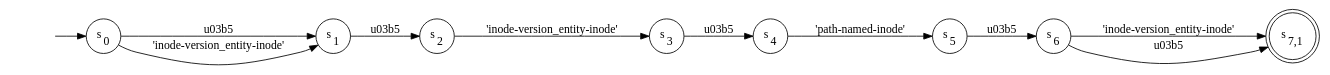
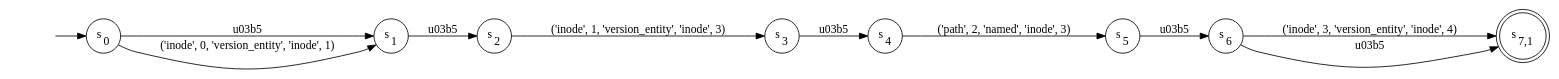
Before and after one commit to TinkerBellSystem/graph-matching: the diagram in dot/provenance_inode_setxattr_nfa.dot, drawn with Graphviz. The commit also changed 135 other files, not shown here.

```diff
--- a/dot/provenance_inode_setxattr_nfa.dot
+++ b/dot/provenance_inode_setxattr_nfa.dot
@@ -1,22 +1,22 @@
 digraph NFA {
     rankdir = LR;
     I [style = invis];
     I -> S0;
     S0 [label = <s<sub>0</sub>>, shape = circle];
     S1 [label = <s<sub>1</sub>>, shape = circle];
     S2 [label = <s<sub>2</sub>>, shape = circle];
     S3 [label = <s<sub>3</sub>>, shape = circle];
     S4 [label = <s<sub>4</sub>>, shape = circle];
     S5 [label = <s<sub>5</sub>>, shape = circle];
     S6 [label = <s<sub>6</sub>>, shape = circle];
     S7 [label = <s<sub>7,1</sub>>, shape = circle, peripheries = 2];
-    S6 -> S7 [label = "'inode-version_entity-inode'"];
+    S6 -> S7 [label = "('inode', 3, 'version_entity', 'inode', 4)"];
     S6 -> S7 [label = "\u03b5"];
     S5 -> S6 [label = "\u03b5"];
-    S4 -> S5 [label = "'path-named-inode'"];
+    S4 -> S5 [label = "('path', 2, 'named', 'inode', 3)"];
     S3 -> S4 [label = "\u03b5"];
-    S2 -> S3 [label = "'inode-version_entity-inode'"];
+    S2 -> S3 [label = "('inode', 1, 'version_entity', 'inode', 3)"];
     S1 -> S2 [label = "\u03b5"];
     S0 -> S1 [label = "\u03b5"];
-    S0 -> S1 [label = "'inode-version_entity-inode'"];
+    S0 -> S1 [label = "('inode', 0, 'version_entity', 'inode', 1)"];
 }
```
